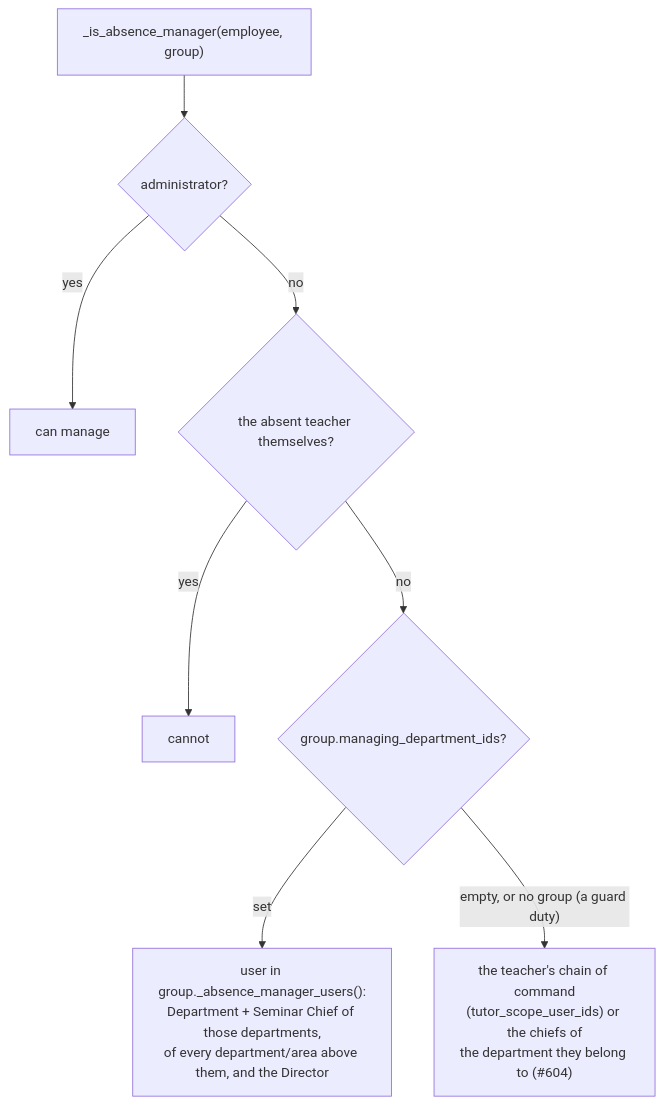
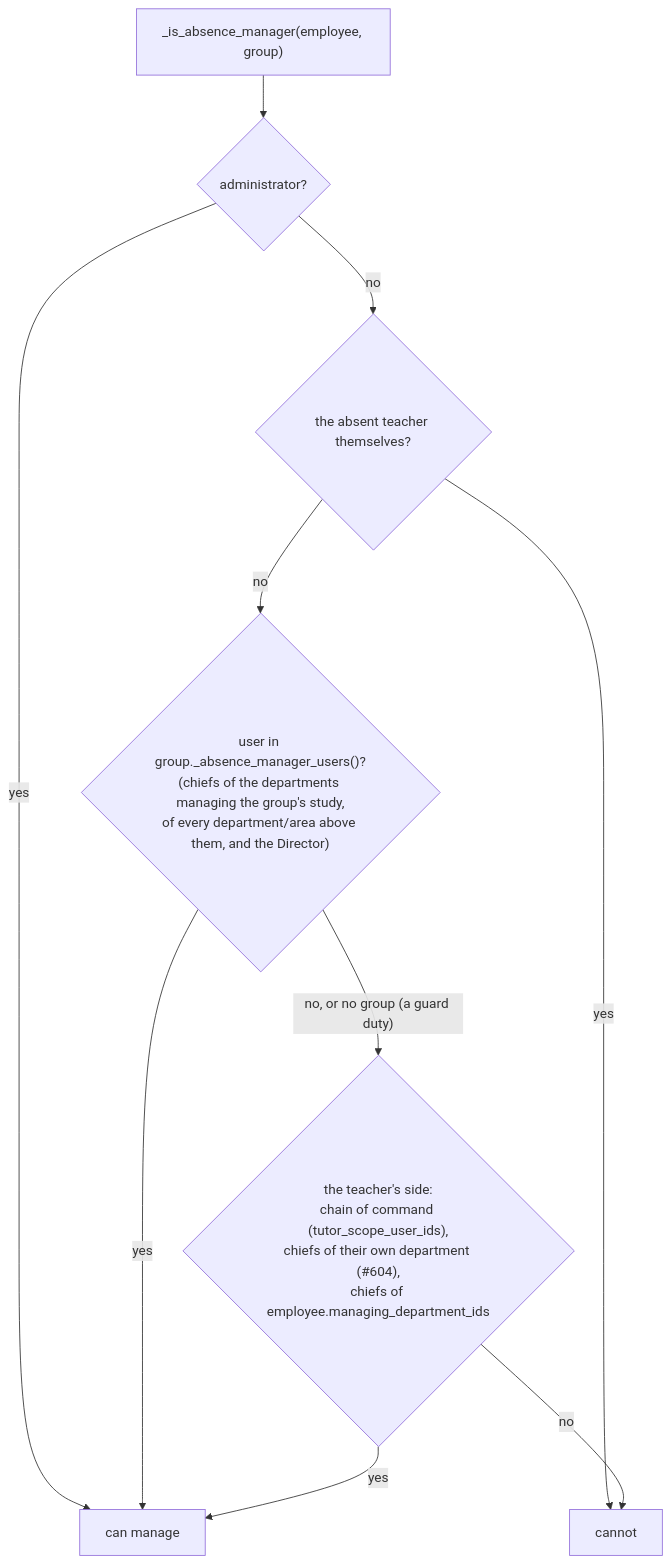
One commit to ElPuig/EMS changed the sixth of 6 diagrams in docs/en/developers/attendance/guard_duty_board.md. Above: the diagram before and after it, drawn with Mermaid. The commit also changed other lines of this file and 27 other files, not shown here.

First line of the commit message:
Absence management is additive; teachers can name departments that also manage them (#622)

````diff
--- a/docs/en/developers/attendance/guard_duty_board.md
+++ b/docs/en/developers/attendance/guard_duty_board.md
@@ -962,10 +962,12 @@
 ```mermaid
 flowchart TD
     Q["_is_absence_manager(employee, group)"] --> ADM{"administrator?"}
     ADM -->|yes| YES["can manage"]
     ADM -->|no| SELF{"the absent teacher themselves?"}
     SELF -->|yes| NO["cannot"]
-    SELF -->|no| GRP{"group.managing_department_ids?"}
-    GRP -->|set| DEP["user in group._absence_manager_users():<br/>Department + Seminar Chief of those departments,<br/>of every department/area above them, and the Director"]
-    GRP -->|"empty, or no group (a guard duty)"| CHAIN["the teacher's chain of command<br/>(tutor_scope_user_ids) or the chiefs of<br/>the department they belong to (#604)"]
+    SELF -->|no| GRP{"user in group._absence_manager_users()?<br/>(chiefs of the departments managing the group's study,<br/>of every department/area above them, and the Director)"}
+    GRP -->|yes| YES
+    GRP -->|"no, or no group (a guard duty)"| CHAIN{"the teacher's side:<br/>chain of command (tutor_scope_user_ids),<br/>chiefs of their own department (#604),<br/>chiefs of employee.managing_department_ids"}
+    CHAIN -->|yes| YES
+    CHAIN -->|no| NO
 ```
````
